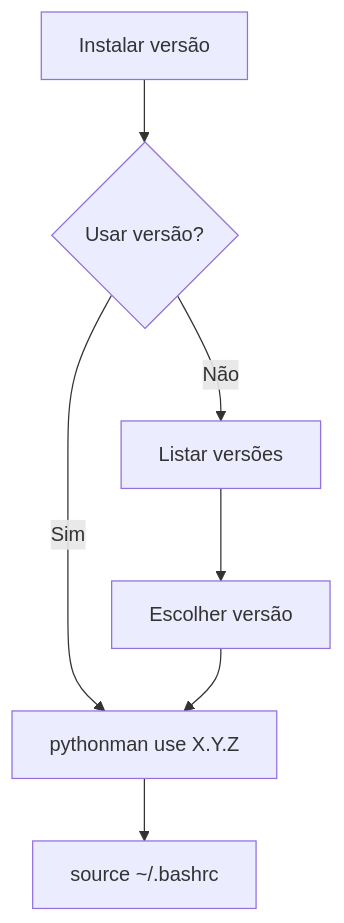
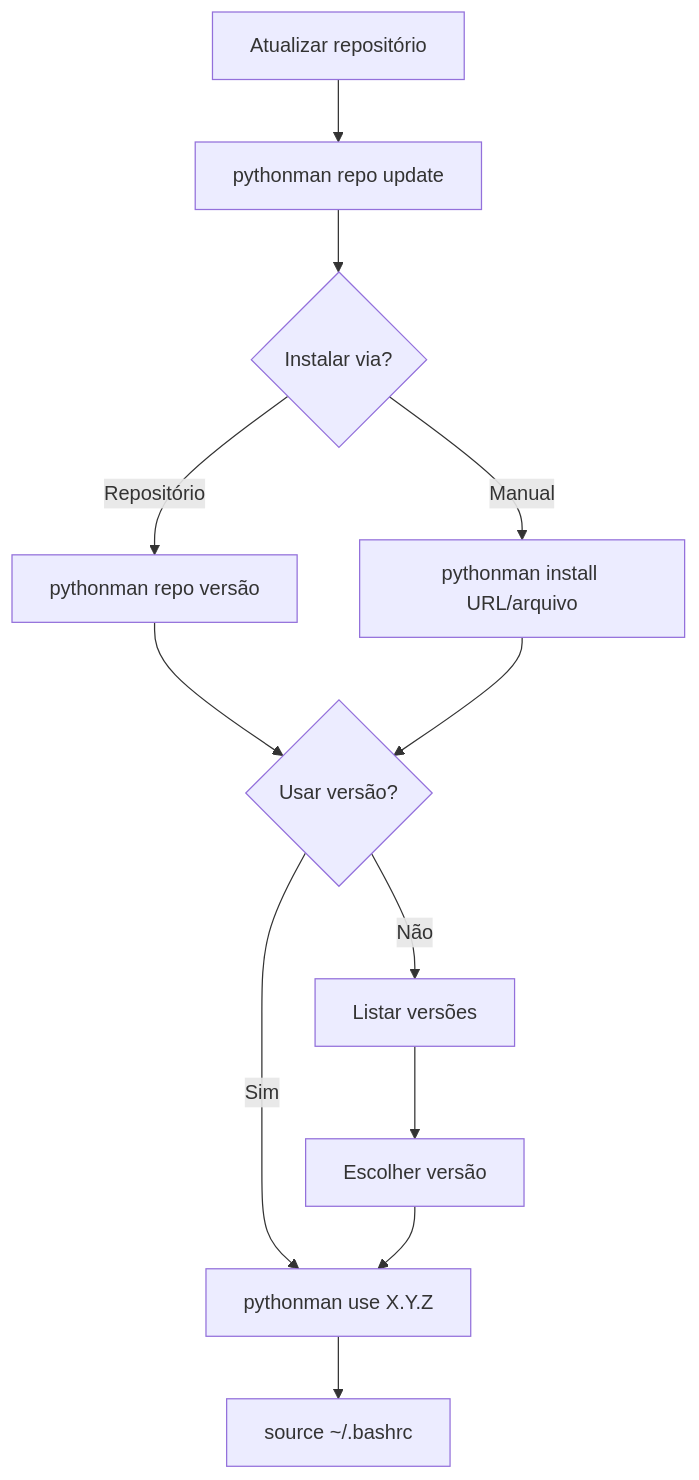
The diagram in README.md (souza-lb/pythonman), drawn with Mermaid before and after one commit. The commit also changed other lines of this file, not shown here.

````diff
--- a/README.md
+++ b/README.md
@@ -187,9 +258,14 @@
 ```mermaid
 graph TD
-    A[Instalar versão] --> B{Usar versão?}
-    B -->|Sim| C[ pythonman use X.Y.Z ]
-    B -->|Não| D[Listar versões]
-    C --> E[source ~/.bashrc]
-    D --> F[Escolher versão]
-    F --> C
+    A[Atualizar repositório] --> B[pythonman repo update]
+    B --> C{Instalar via?}
+    C -->|Repositório| D[pythonman repo versão]
+    C -->|Manual| E[pythonman install URL/arquivo]
+    D --> F{Usar versão?}
+    E --> F
+    F -->|Sim| G[ pythonman use X.Y.Z ]
+    F -->|Não| H[Listar versões]
+    G --> I[source ~/.bashrc]
+    H --> J[Escolher versão]
+    J --> G
 ```
````
